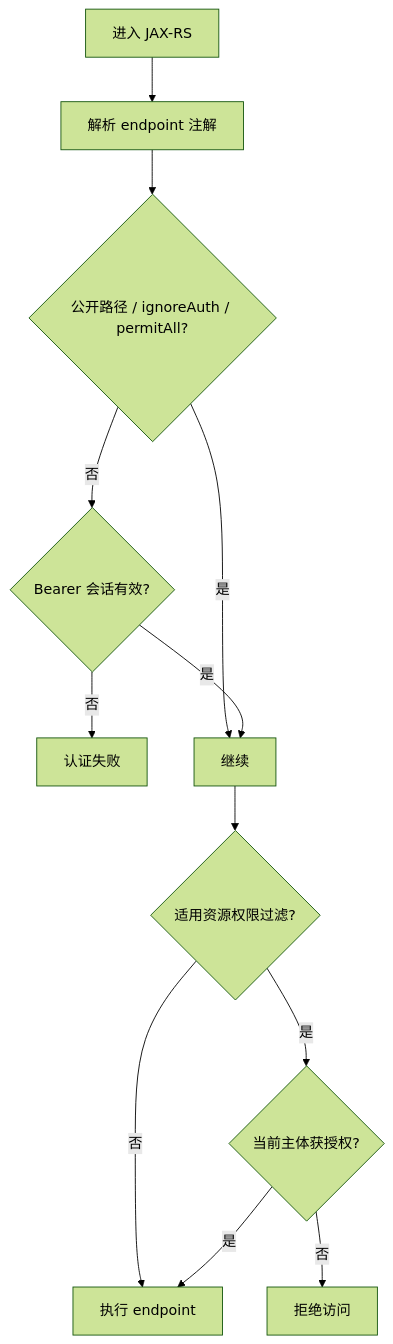
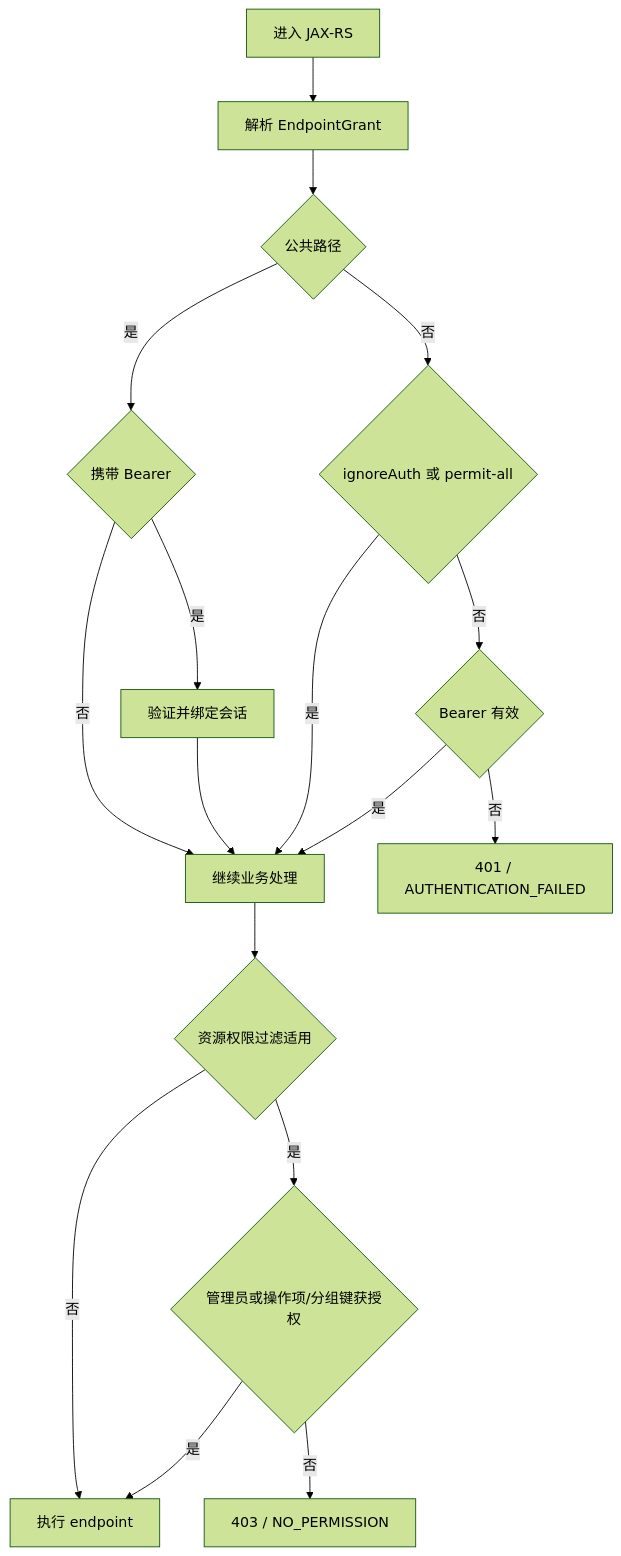
One commit to innospots/innospots-nexus changed the third of 5 diagrams in docs/design/console-authorization-implementation.md. Above: the diagram before and after it, drawn with Mermaid (forest theme). The commit also changed other lines of this file, not shown here.

````diff
--- a/docs/design/console-authorization-implementation.md
+++ b/docs/design/console-authorization-implementation.md
@@ -111,14 +346,19 @@
 ```mermaid
 flowchart TD
- A[进入 JAX-RS] --> B[解析 endpoint 注解]
- B --> C{公开路径 / ignoreAuth / permitAll?}
- C -- 否 --> D{Bearer 会话有效?}
- D -- 否 --> X[认证失败]
- C -- 是 --> E[继续]
- D -- 是 --> E
- E --> F{适用资源权限过滤?}
- F -- 否 --> H[执行 endpoint]
- F -- 是 --> G{当前主体获授权?}
- G -- 否 --> I[拒绝访问]
- G -- 是 --> H
+    A["进入 JAX-RS"] --> B["解析 EndpointGrant"]
+    B --> C{"公共路径"}
+    C -- "是" --> C1{"携带 Bearer"}
+    C1 -- "是" --> C2["验证并绑定会话"]
+    C1 -- "否" --> E["继续业务处理"]
+    C2 --> E
+    C -- "否" --> D{"ignoreAuth 或 permit-all"}
+    D -- "是" --> E
+    D -- "否" --> D1{"Bearer 有效"}
+    D1 -- "否" --> D2["401 / AUTHENTICATION_FAILED"]
+    D1 -- "是" --> E
+    E --> F{"资源权限过滤适用"}
+    F -- "否" --> Z["执行 endpoint"]
+    F -- "是" --> G{"管理员或操作项/分组键获授权"}
+    G -- "否" --> H["403 / NO_PERMISSION"]
+    G -- "是" --> Z
 ```
````
